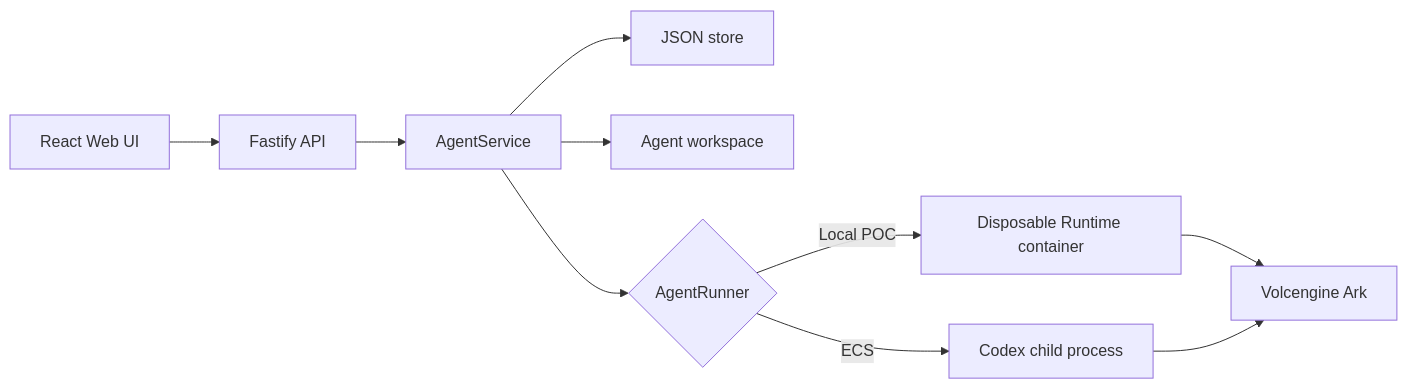
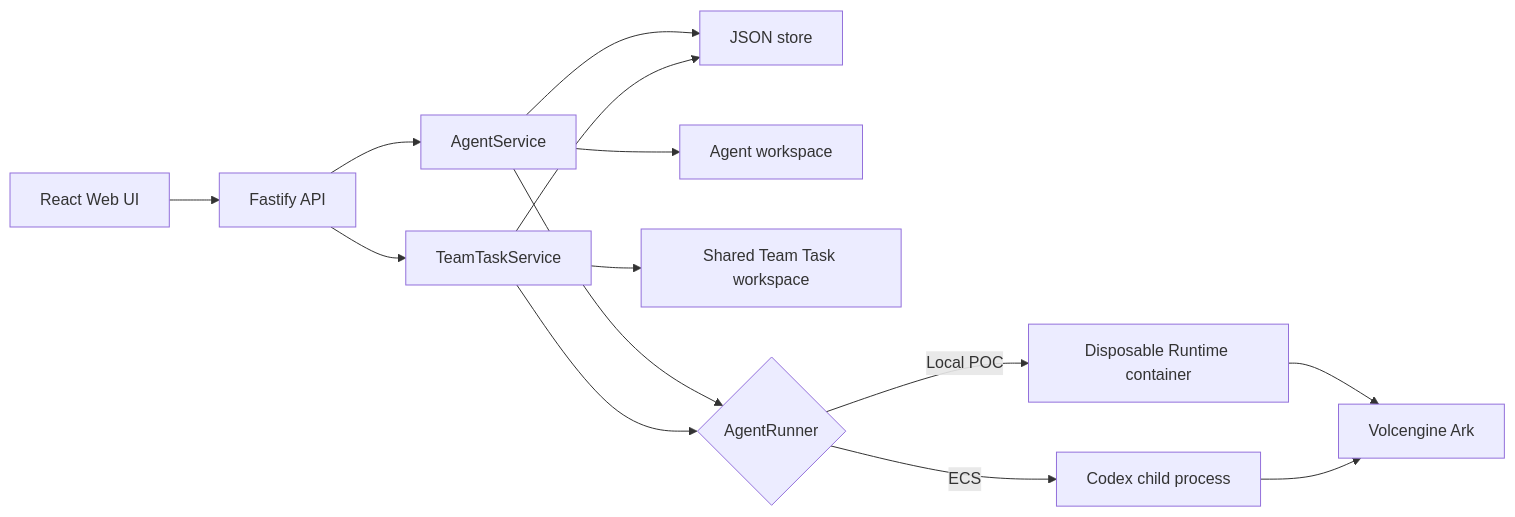
One commit to waiyeeyuen/SmallPotato changed the diagram in docs/ARCHITECTURE.md. Above: the diagram before and after it, drawn with Mermaid. The commit also changed other lines of this file and 17 other files, not shown here.

````diff
--- a/docs/ARCHITECTURE.md
+++ b/docs/ARCHITECTURE.md
@@ -5,12 +5,16 @@
 ```mermaid
 flowchart LR
     UI["React Web UI"] --> API["Fastify API"]
     API --> Service["AgentService"]
+    API --> Team["TeamTaskService"]
     Service --> Store["JSON store"]
+    Team --> Store
     Service --> Workspace["Agent workspace"]
+    Team --> SharedWorkspace["Shared Team Task workspace"]
     Service --> Runner{"AgentRunner"}
+    Team --> Runner
     Runner -->|Local POC| Container["Disposable Runtime container"]
     Runner -->|ECS| Process["Codex child process"]
     Container --> Ark["Volcengine Ark"]
     Process --> Ark
 ```
````
